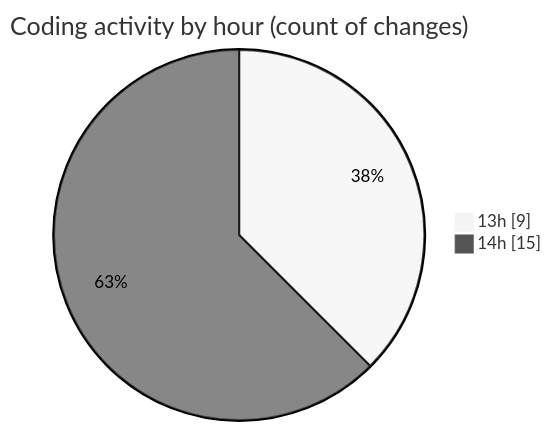
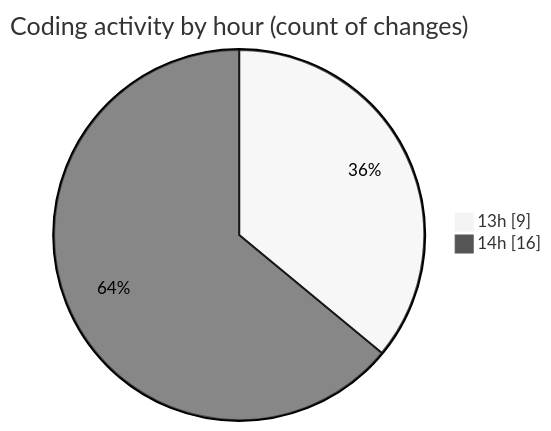
One commit to lephambinh05/code-tracking changed the second of 2 diagrams in 2025-08-10/getmailotp/README.md. Above: the diagram before and after it, drawn with Mermaid (neutral theme). The commit also changed other lines of this file and 1 other file, not shown here.

````diff
--- a/2025-08-10/getmailotp/README.md
+++ b/2025-08-10/getmailotp/README.md
@@ -38,6 +38,6 @@
 ```mermaid
 pie showData
 title Coding activity by hour (count of changes)
 "13h" : 9
-"14h" : 15
+"14h" : 16
 ```
````
